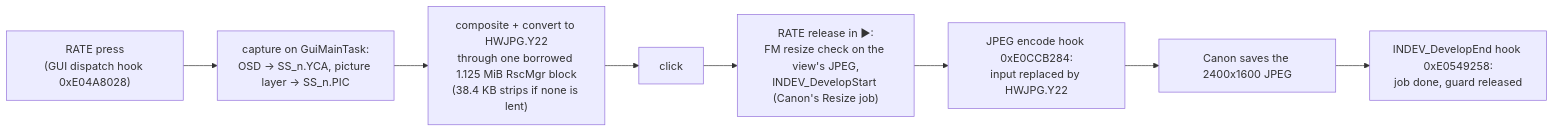
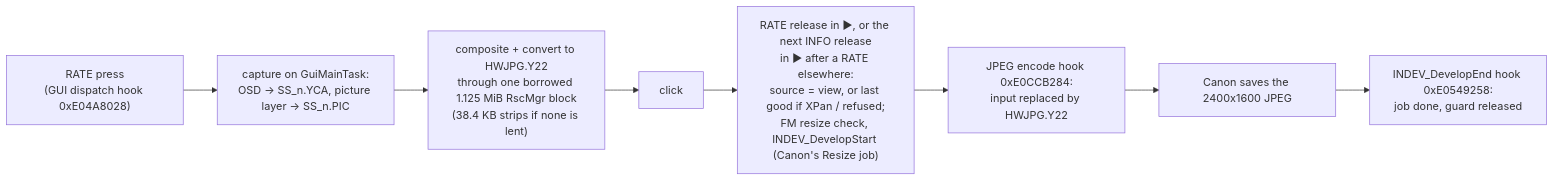
The diagram in docs/screenshot.md (WhiteAvocad0/canon-r5-mod), drawn with Mermaid before and after one commit. The commit also changed other lines of this file and 6 other files, not shown here.

````diff
--- a/docs/screenshot.md
+++ b/docs/screenshot.md
@@ -59,10 +78,10 @@
 ```mermaid
 flowchart LR
     Rate["RATE press<br/>(GUI dispatch hook 0xE04A8028)"] --> Cap["capture on GuiMainTask:<br/>OSD -> SS_n.YCA, picture layer -> SS_n.PIC"]
     Cap --> Y22["composite + convert to HWJPG.Y22<br/>through one borrowed 1.125 MiB RscMgr block<br/>(38.4 KB strips if none is lent)"]
     Y22 --> Click["click"]
-    Click --> Release["RATE release in ▶:<br/>FM resize check on the view's JPEG,<br/>INDEV_DevelopStart (Canon's Resize job)"]
+    Click --> Release["RATE release in ▶, or the next INFO release<br/>in ▶ after a RATE elsewhere:<br/>source = view, or last good if XPan / refused;<br/>FM resize check, INDEV_DevelopStart (Canon's Resize job)"]
     Release --> Enc["JPEG encode hook 0xE0CCB284:<br/>input replaced by HWJPG.Y22"]
     Enc --> Save["Canon saves the 2400x1600 JPEG"]
     Save --> End["INDEV_DevelopEnd hook 0xE0549258:<br/>job done, guard released"]
 ```
````
